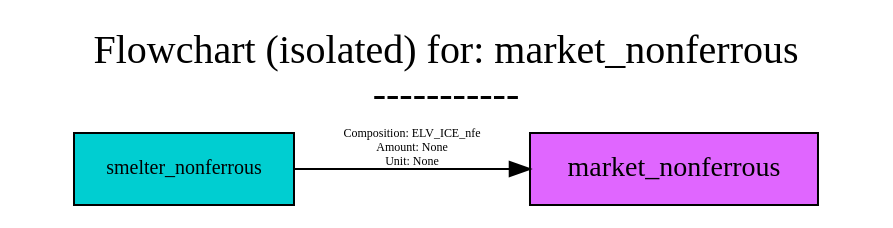
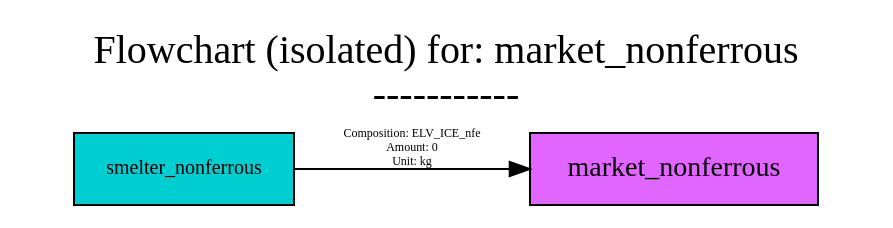
One commit to FutuRaM-Project/Recovery-Model changed the diagram in src/examples/ELV/figures/flowcharts/processes/dot/market_nonferrous.dot. Above: the diagram before and after it, drawn with Graphviz. The commit also changed 196 other files, not shown here.

```diff
--- a/src/examples/ELV/figures/flowcharts/processes/dot/market_nonferrous.dot
+++ b/src/examples/ELV/figures/flowcharts/processes/dot/market_nonferrous.dot
@@ -1,42 +1,42 @@
 digraph {
 	graph [bb="0,0,383,91",
 		font=Cabin,
 		fontname=Cabin,
 		fontsize=20,
 		label="Flowchart (isolated) for: market_nonferrous
 -----------",
 		labeljust=c,
 		labelloc=tc,
 		lheight=0.61,
 		lp="191.5,65",
 		lwidth=5.10,
 		nodesep=0.6,
 		rankdir=LR,
 		ranksep=0.6
 	];
 	node [label="\N"];
 	market_nonferrous	[fillcolor=mediumorchid1,
 		fontname=Cabin,
 		fontsize=14,
 		height=0.5,
 		pos="297.5,18",
 		shape=box,
 		style=filled,
 		width=1.8194];
 	smelter_nonferrous	[fillcolor=darkturquoise,
 		fontname=Cabin,
 		fontsize=10,
 		height=0.5,
 		pos="70,18",
 		shape=box,
 		style=filled,
 		width=1.3889];
 	smelter_nonferrous -> market_nonferrous	[color=black,
 		fontname=Cabin,
 		fontsize=6,
 		label="Composition: ELV_ICE_nfe
-Amount: None 
-Unit: None",
+Amount: 0 
+Unit: kg",
 		lp="176,28.5",
 		pos="e,231.97,18 120.21,18 149.92,18 188.38,18 221.78,18"];
 }
```
